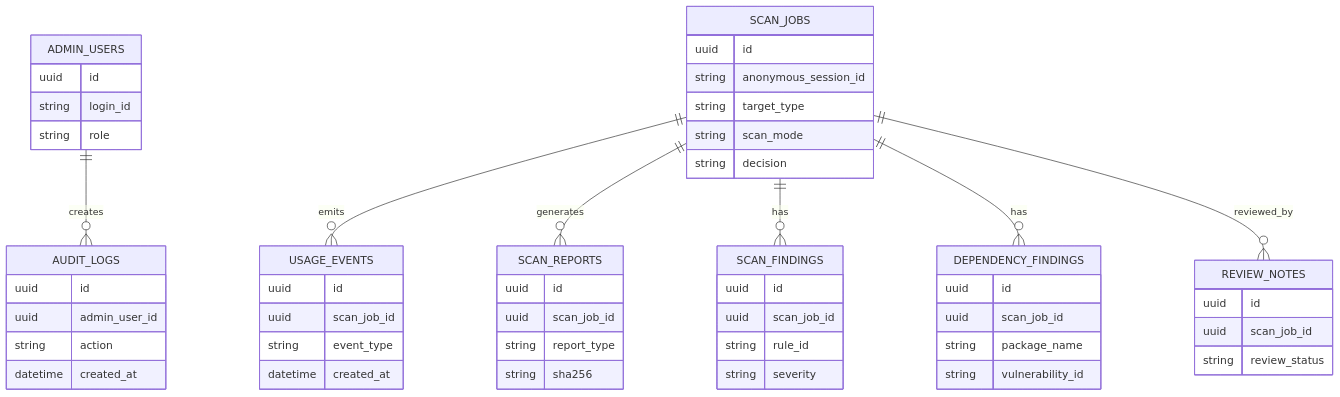
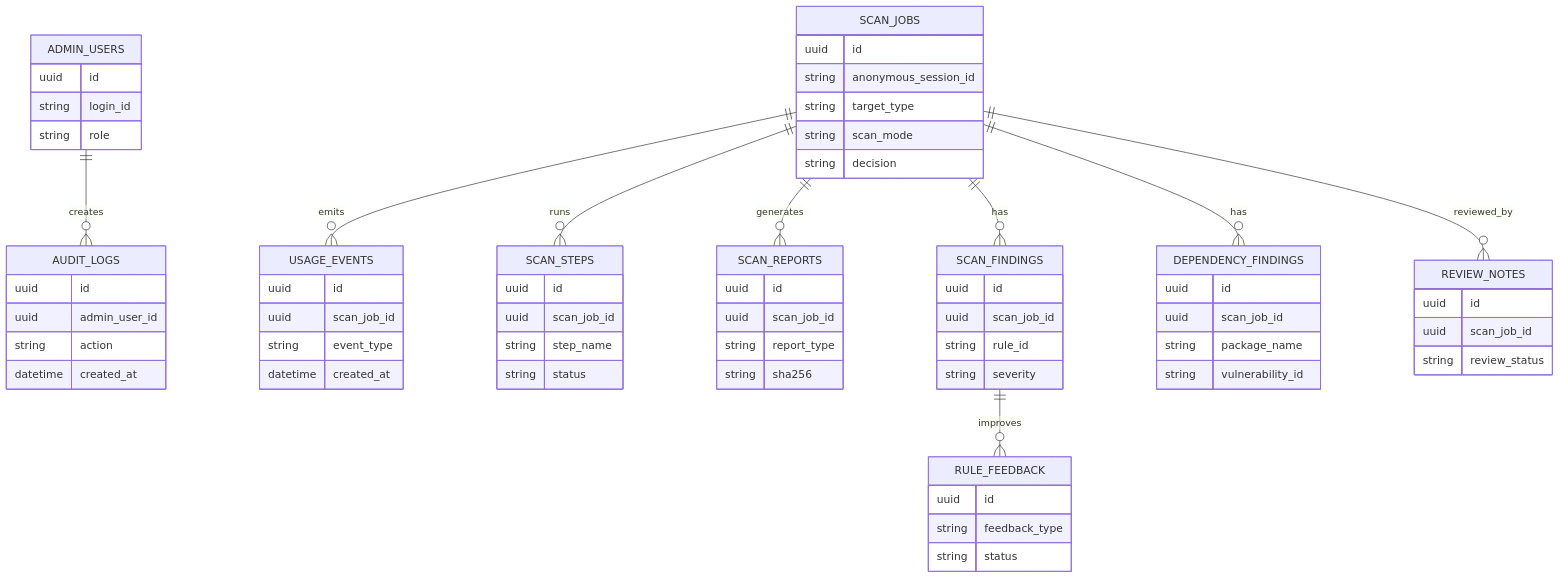
The diagram in docs/03_database_design.md (Lex6won/vibecode-security-gate-portal), drawn with Mermaid before and after one commit. The commit also changed other lines of this file and 152 other files, not shown here.

````diff
--- a/docs/03_database_design.md
+++ b/docs/03_database_design.md
@@ -14,64 +16,79 @@
 ```mermaid
 erDiagram
   ADMIN_USERS ||--o{ AUDIT_LOGS : creates
   SCAN_JOBS ||--o{ USAGE_EVENTS : emits
+  SCAN_JOBS ||--o{ SCAN_STEPS : runs
   SCAN_JOBS ||--o{ SCAN_REPORTS : generates
   SCAN_JOBS ||--o{ SCAN_FINDINGS : has
   SCAN_JOBS ||--o{ DEPENDENCY_FINDINGS : has
   SCAN_JOBS ||--o{ REVIEW_NOTES : reviewed_by
+  SCAN_FINDINGS ||--o{ RULE_FEEDBACK : improves
 
   ADMIN_USERS {
     uuid id
     string login_id
     string role
   }
 
   SCAN_JOBS {
     uuid id
     string anonymous_session_id
     string target_type
     string scan_mode
     string decision
+  }
+
+  SCAN_STEPS {
+    uuid id
+    uuid scan_job_id
+    string step_name
+    string status
   }
 
   USAGE_EVENTS {
     uuid id
     uuid scan_job_id
     string event_type
     datetime created_at
   }
 
   SCAN_REPORTS {
     uuid id
     uuid scan_job_id
     string report_type
     string sha256
   }
 
   SCAN_FINDINGS {
     uuid id
     uuid scan_job_id
     string rule_id
     string severity
   }
 
   DEPENDENCY_FINDINGS {
     uuid id
     uuid scan_job_id
     string package_name
     string vulnerability_id
   }
 
   REVIEW_NOTES {
     uuid id
     uuid scan_job_id
     string review_status
   }
 
+  RULE_FEEDBACK {
+    uuid id
+    string feedback_type
+    string status
+  }
+
   AUDIT_LOGS {
     uuid id
     uuid admin_user_id
     string action
     datetime created_at
   }
 ```
````
